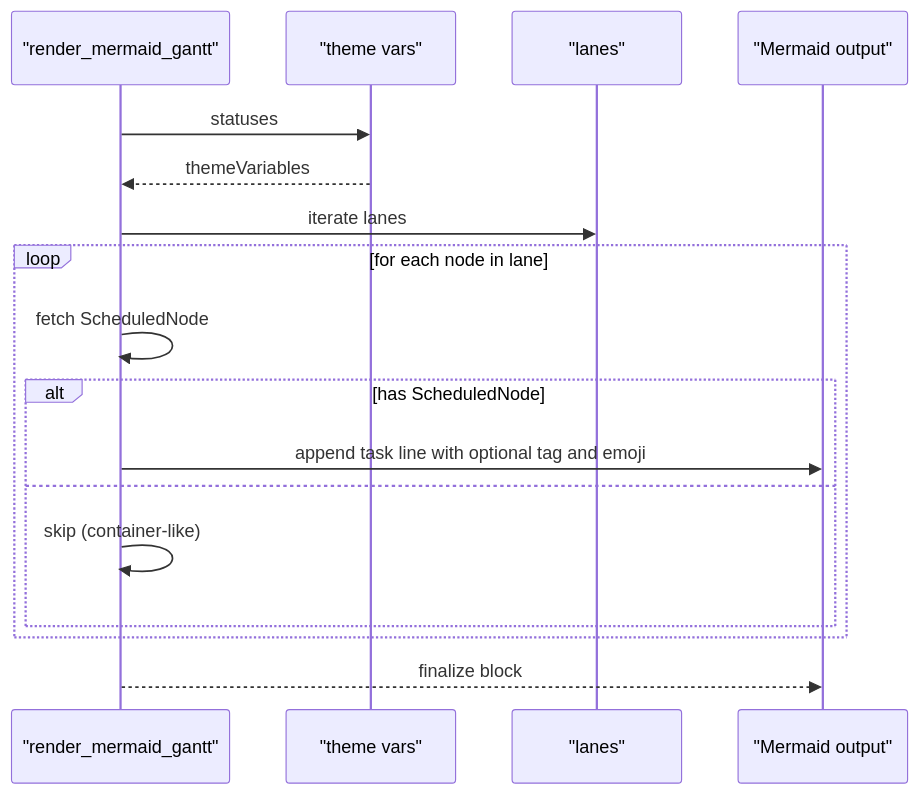
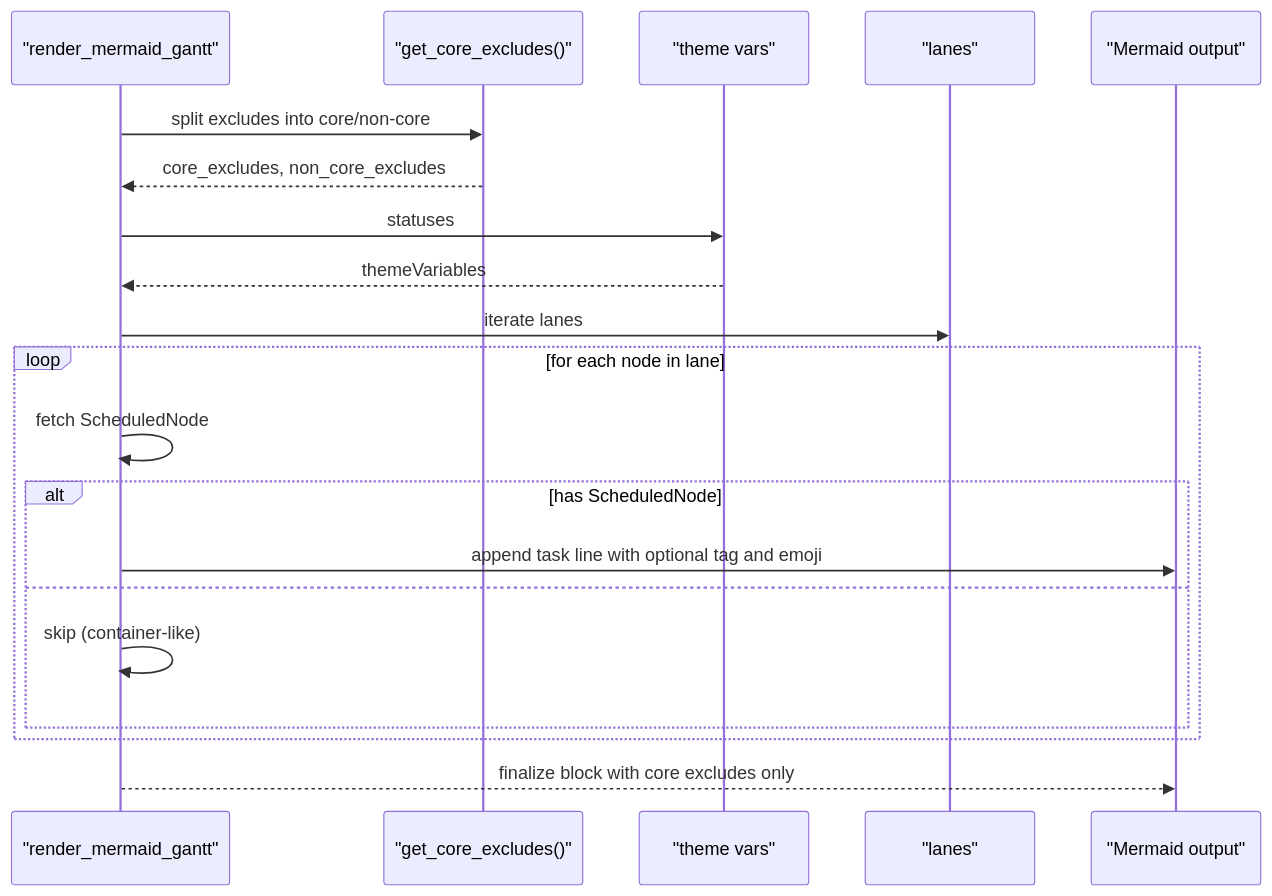
Before and after one commit to asukhodko/opskarta: the eighth of 10 diagrams in .qoder/repowiki/en/content/Tooling and Utilities/Rendering Engine.md, drawn with Mermaid. The commit also changed other lines of this file and 7 other files, not shown here.

````diff
--- a/.qoder/repowiki/en/content/Tooling and Utilities/Rendering Engine.md
+++ b/.qoder/repowiki/en/content/Tooling and Utilities/Rendering Engine.md
@@ -303,19 +372,22 @@
 ```mermaid
 sequenceDiagram
 participant R as "render_mermaid_gantt"
+participant E as "get_core_excludes()"
 participant T as "theme vars"
 participant L as "lanes"
 participant O as "Mermaid output"
+R->>E : split excludes into core/non-core
+E-->>R : core_excludes, non_core_excludes
 R->>T : statuses
 T-->>R : themeVariables
 R->>L : iterate lanes
 loop for each node in lane
 R->>R : fetch ScheduledNode
 alt has ScheduledNode
 R->>O : append task line with optional tag and emoji
 else
 R->>R : skip (container-like)
 end
 end
-R-->>O : finalize block
+R-->>O : finalize block with core excludes only
 ```
````
